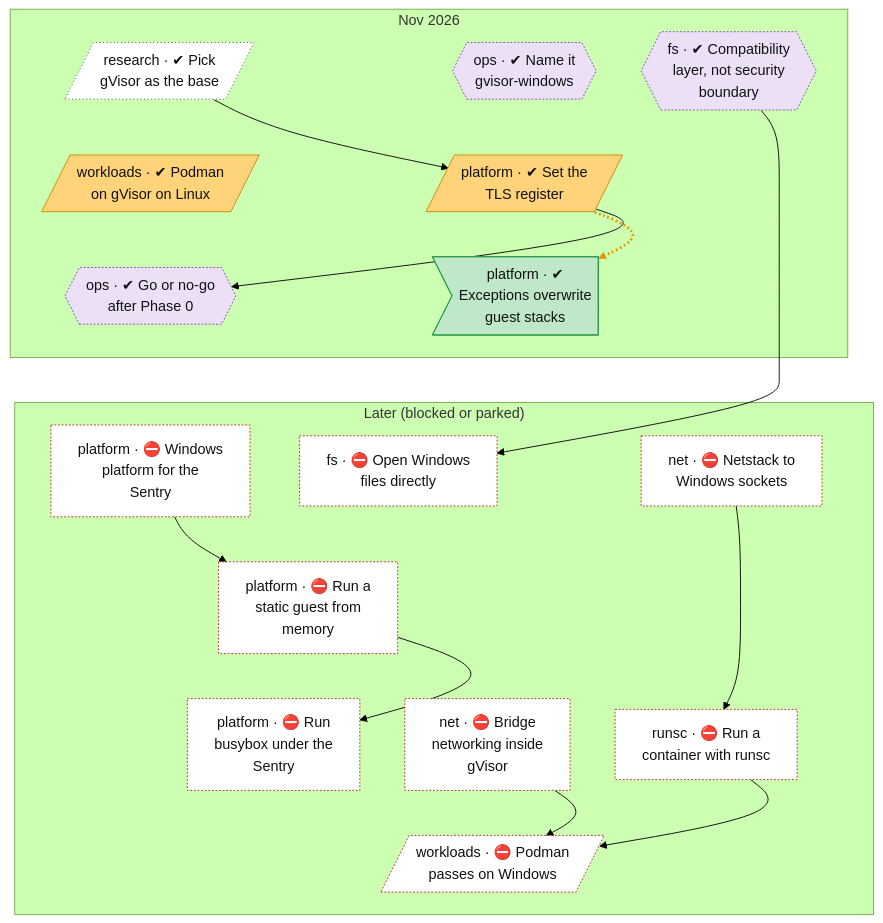
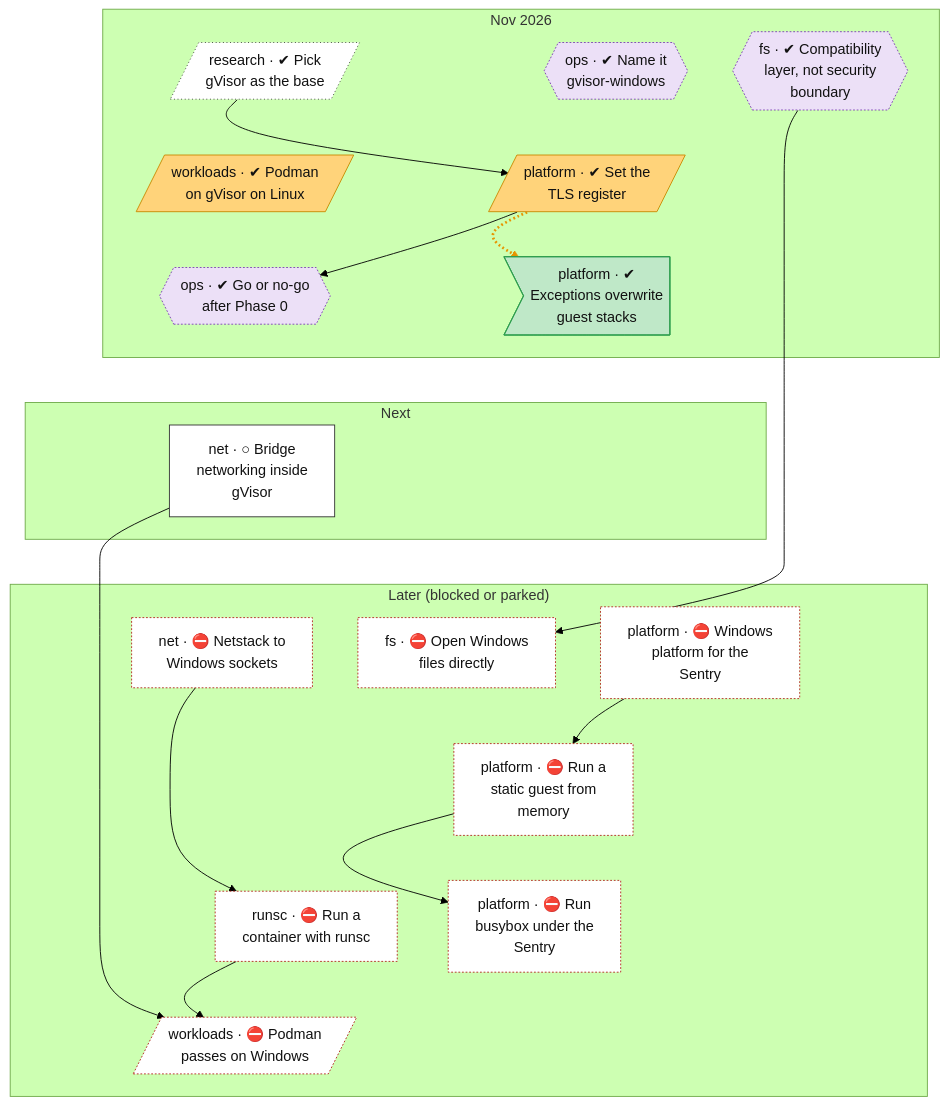
One commit to lhns/gvisor-windows changed the second of 2 diagrams in docs/roadmap.md. Above: the diagram before and after it, drawn with Mermaid (forest theme). The commit also changed other lines of this file and 4 other files, not shown here.

````diff
--- a/docs/roadmap.md
+++ b/docs/roadmap.md
@@ -100,68 +100,71 @@
 ```mermaid
 flowchart TB
     subgraph bd_0["Nov 2026"]
         research_gvisor_base[/"research · ✔ Pick<br/>gVisor as the base"/]
         ops_name_and_fork{{"ops · ✔ Name it<br/>gvisor-windows"}}
         fs_compat_layer_not_boundary{{"fs · ✔ Compatibility<br/>layer, not security<br/>boundary"}}
         workloads_podman_on_gvisor_linux[/"workloads · ✔ Podman<br/>on gVisor on Linux"/]
         platform_tls_register[/"platform · ✔ Set the<br/>TLS register"/]
         ops_phase0_go_no_go{{"ops · ✔ Go or no-go<br/>after Phase 0"}}
         platform_veh_on_guest_stack_unsafe>"platform · ✔<br/>Exceptions overwrite<br/>guest stacks"]
     end
-    subgraph bd_1["Later (blocked or parked)"]
+    subgraph bd_1["Next"]
+        net_bridge_networking["net · ○ Bridge<br/>networking inside<br/>gVisor"]
+    end
+    subgraph bd_2["Later (blocked or parked)"]
         platform_winstub["platform · ⛔ Windows<br/>platform for the<br/>Sentry"]
         fs_windows_directfs["fs · ⛔ Open Windows<br/>files directly"]
         net_netstack_windows_link["net · ⛔ Netstack to<br/>Windows sockets"]
         platform_static_guest_from_memory["platform · ⛔ Run a<br/>static guest from<br/>memory"]
         platform_busybox_on_windows["platform · ⛔ Run<br/>busybox under the<br/>Sentry"]
         runsc_container_on_windows["runsc · ⛔ Run a<br/>container with runsc"]
-        net_bridge_networking["net · ⛔ Bridge<br/>networking inside<br/>gVisor"]
         workloads_podman_on_windows[/"workloads · ⛔ Podman<br/>passes on Windows"/]
     end
     research_gvisor_base ~~~ workloads_podman_on_gvisor_linux
     ops_name_and_fork ~~~ platform_tls_register
     fs_compat_layer_not_boundary ~~~ platform_tls_register
     workloads_podman_on_gvisor_linux ~~~ ops_phase0_go_no_go
     platform_tls_register ~~~ platform_veh_on_guest_stack_unsafe
-    ops_phase0_go_no_go ~~~ platform_winstub
-    platform_veh_on_guest_stack_unsafe ~~~ fs_windows_directfs
-    platform_veh_on_guest_stack_unsafe ~~~ net_netstack_windows_link
+    ops_phase0_go_no_go ~~~ net_bridge_networking
+    platform_veh_on_guest_stack_unsafe ~~~ net_bridge_networking
+    net_bridge_networking ~~~ platform_winstub
+    net_bridge_networking ~~~ fs_windows_directfs
+    net_bridge_networking ~~~ net_netstack_windows_link
     platform_winstub ~~~ platform_static_guest_from_memory
     fs_windows_directfs ~~~ platform_static_guest_from_memory
     net_netstack_windows_link ~~~ platform_static_guest_from_memory
     platform_static_guest_from_memory ~~~ platform_busybox_on_windows
     platform_static_guest_from_memory ~~~ runsc_container_on_windows
-    platform_static_guest_from_memory ~~~ net_bridge_networking
     platform_busybox_on_windows ~~~ workloads_podman_on_windows
     runsc_container_on_windows ~~~ workloads_podman_on_windows
-    net_bridge_networking ~~~ workloads_podman_on_windows
     research_gvisor_base --> platform_tls_register
     platform_tls_register -.-> platform_veh_on_guest_stack_unsafe
     platform_tls_register --> ops_phase0_go_no_go
     fs_compat_layer_not_boundary --> fs_windows_directfs
     platform_winstub --> platform_static_guest_from_memory
     platform_static_guest_from_memory --> platform_busybox_on_windows
     net_netstack_windows_link --> runsc_container_on_windows
     runsc_container_on_windows --> workloads_podman_on_windows
     net_bridge_networking --> workloads_podman_on_windows
     linkStyle 18 stroke:#e69500,stroke-width:3px,stroke-dasharray:2 3
     classDef vsucc fill:#2e9e4f,stroke:#1b6b34,color:#fff
     classDef succ fill:#bfe8c8,stroke:#2e9e4f,color:#111
     classDef mixed fill:#ffd37a,stroke:#c98a00,color:#111
     classDef bad fill:#f28b82,stroke:#b3261e,color:#111
     classDef dead fill:#e6e6e6,stroke:#777,stroke-dasharray:5 5,color:#555
     classDef inprog fill:#a8cdf5,stroke:#1f6fc5,color:#111
     classDef next fill:#fff,stroke:#333,color:#111
     classDef blocked fill:#fff,stroke:#b3261e,stroke-dasharray:2 2,color:#111
     classDef parked fill:#f3f3f3,stroke:#999,color:#555
     classDef unrated fill:#fff,stroke:#333,stroke-dasharray:1 3,color:#111
     classDef gate fill:#d9c2f0,stroke:#7b3fb5,color:#111
     classDef decided fill:#ece0f7,stroke:#7b3fb5,stroke-dasharray:2 2,color:#111
     classDef finding fill:#ffe0b2,stroke:#d84315,stroke-width:2px,color:#111
     classDef waiting fill:#e3f2fd,stroke:#1f6fc5,stroke-dasharray:5 5,color:#111
     class research_gvisor_base unrated
     class ops_name_and_fork,fs_compat_layer_not_boundary,ops_phase0_go_no_go decided
     class workloads_podman_on_gvisor_linux,platform_tls_register mixed
-    class workloads_podman_on_windows,runsc_container_on_windows,platform_winstub,platform_busybox_on_windows,fs_windows_directfs,net_netstack_windows_link,platform_static_guest_from_memory,net_bridge_networking blocked
+    class workloads_podman_on_windows,runsc_container_on_windows,platform_winstub,platform_busybox_on_windows,fs_windows_directfs,net_netstack_windows_link,platform_static_guest_from_memory blocked
+    class net_bridge_networking next
     class platform_veh_on_guest_stack_unsafe succ
 ```
````
